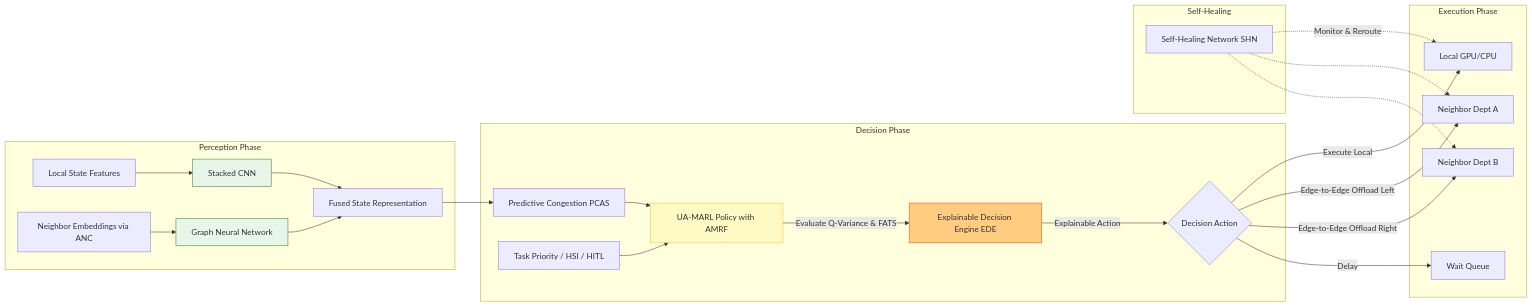
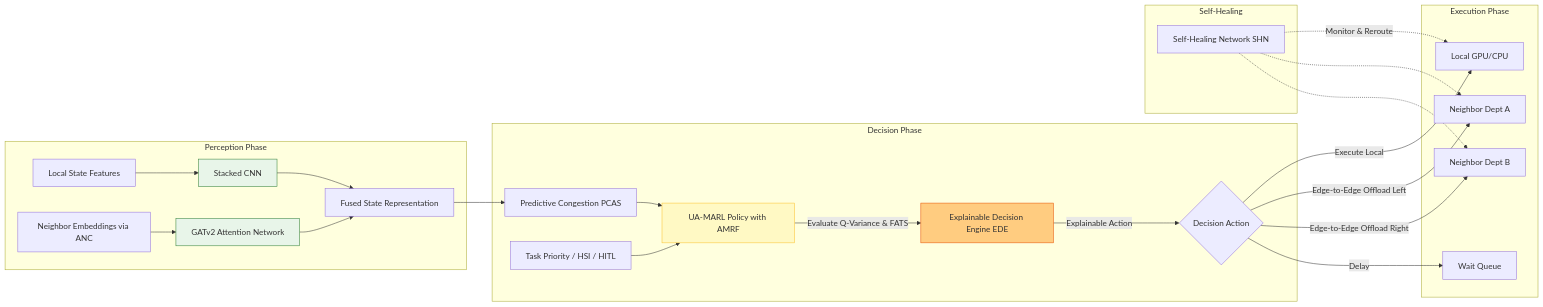
Before and after one commit to Abhishek-2027/Graph-Neural-Multi-Agent-Reinforcement-Learning-for-Fully-Decentralized-Hospital-Edge-Intelligence: the second of 2 diagrams in GraphMARL_Research_Proposal.md, drawn with Mermaid. The commit also changed other lines of this file and 27 other files, not shown here.

````diff
--- a/GraphMARL_Research_Proposal.md
+++ b/GraphMARL_Research_Proposal.md
@@ -116,35 +116,35 @@
 ```mermaid
 flowchart LR
     subgraph Perception Phase
     A1[Local State Features] --> SCNN[Stacked CNN]
-    A2[Neighbor Embeddings via ANC] --> GNN[Graph Neural Network]
+    A2[Neighbor Embeddings via ANC] --> GNN[GATv2 Attention Network]
     SCNN --> Fused[Fused State Representation]
     GNN --> Fused
     end
     
     subgraph Decision Phase
     Fused --> PCAS[Predictive Congestion PCAS]
     PCAS --> MARL[UA-MARL Policy with AMRF]
     T[Task Priority / HSI / HITL] --> MARL
     MARL -->|Evaluate Q-Variance & FATS| EDE[Explainable Decision Engine EDE]
     EDE -->|Explainable Action| D{Decision Action}
     end
     
     subgraph Execution Phase
     D -->|Execute Local| E1[Local GPU/CPU]
     D -->|Edge-to-Edge Offload Left| E2[Neighbor Dept A]
     D -->|Edge-to-Edge Offload Right| E3[Neighbor Dept B]
     D -->|Delay| E4[Wait Queue]
     end
     
     subgraph Self-Healing
     SHN[Self-Healing Network SHN] -.->|Monitor & Reroute| E1
     SHN -.-> E2
     SHN -.-> E3
     end
     
     style GNN fill:#e8f5e9,stroke:#2e7d32
     style MARL fill:#fff9c4,stroke:#fbc02d
     style SCNN fill:#e8f5e9,stroke:#2e7d32
     style EDE fill:#ffcc80,stroke:#e65100
 ```
````
